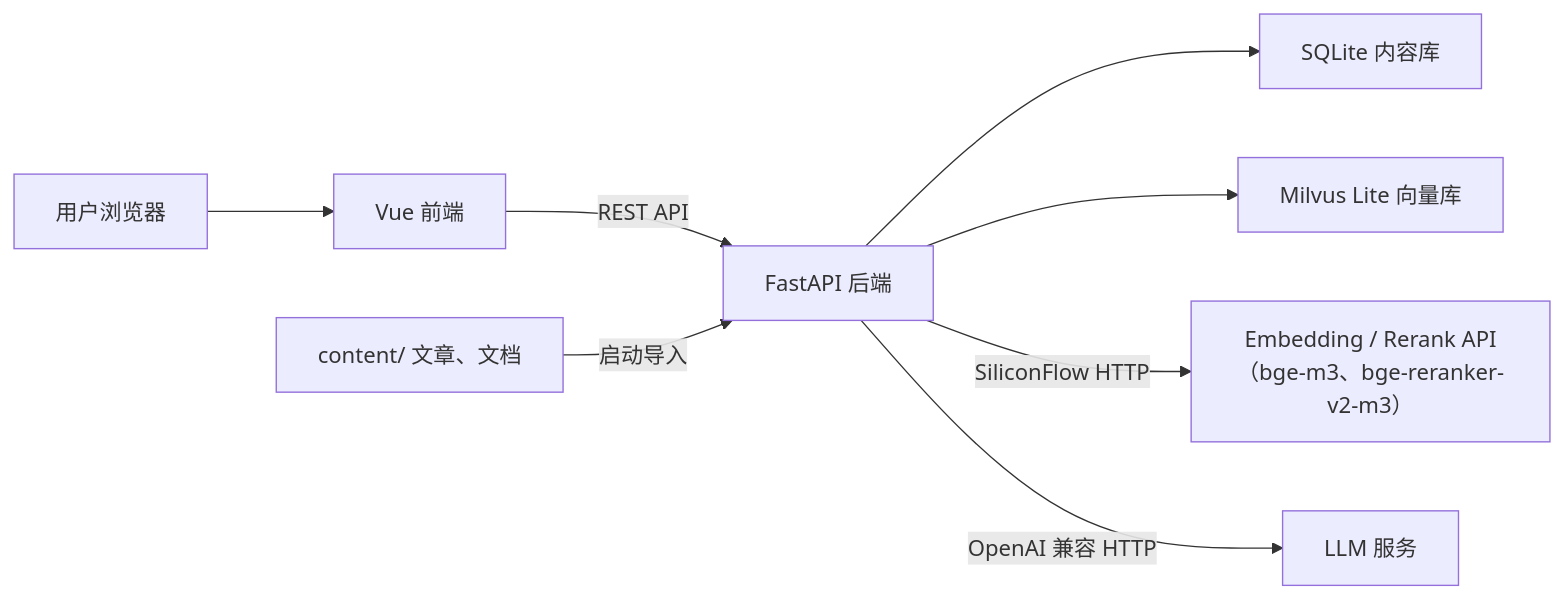
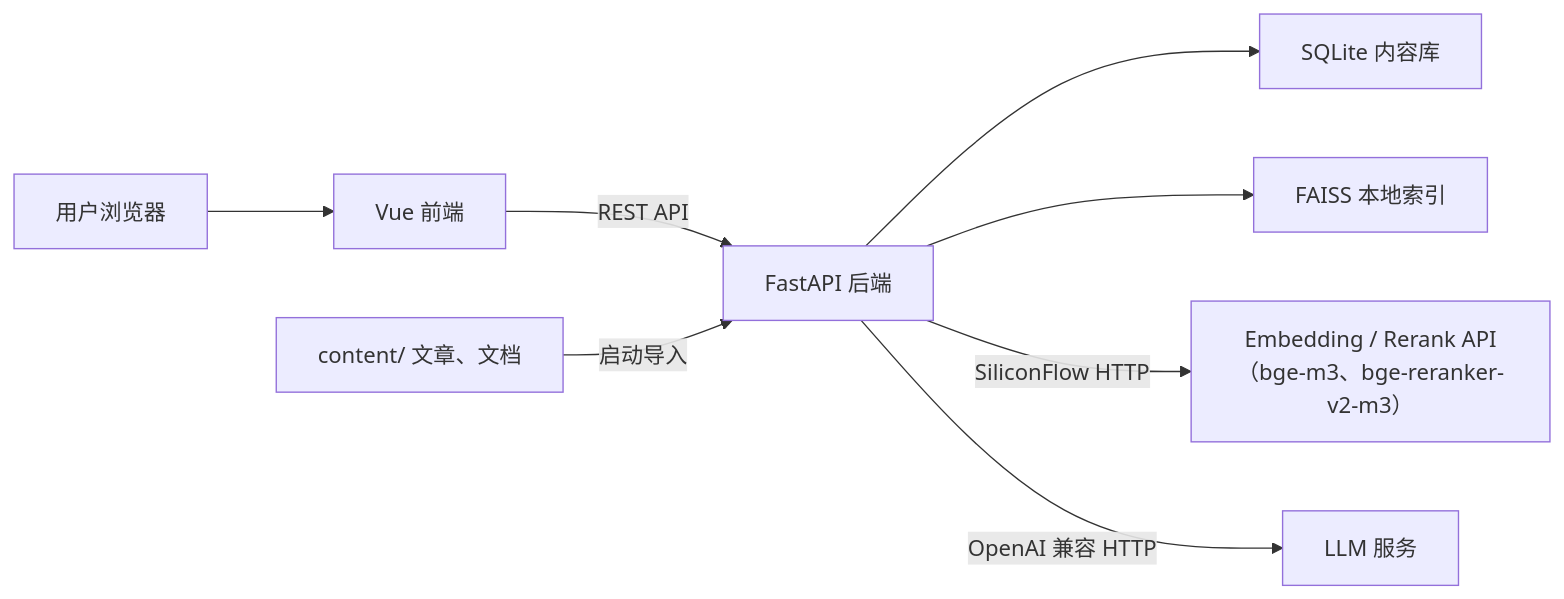
One commit to Swayrift/EasyBlog-Rag changed the diagram in docs/design.md. Above: the diagram before and after it, drawn with Mermaid. The commit also changed other lines of this file and 23 other files, not shown here.

````diff
--- a/docs/design.md
+++ b/docs/design.md
@@ -71,10 +71,10 @@
 ```mermaid
 flowchart LR
     U["用户浏览器"] --> F["Vue 前端"]
     F -->|REST API| B["FastAPI 后端"]
     B --> S["SQLite 内容库"]
-    B --> M["Milvus Lite 向量库"]
+    B --> M["FAISS 本地索引"]
     B -->|SiliconFlow HTTP| W["Embedding / Rerank API（bge-m3、bge-reranker-v2-m3）"]
     B -->|OpenAI 兼容 HTTP| L["LLM 服务"]
     I["content/ 文章、文档"] -->|启动导入| B
 ```
````
